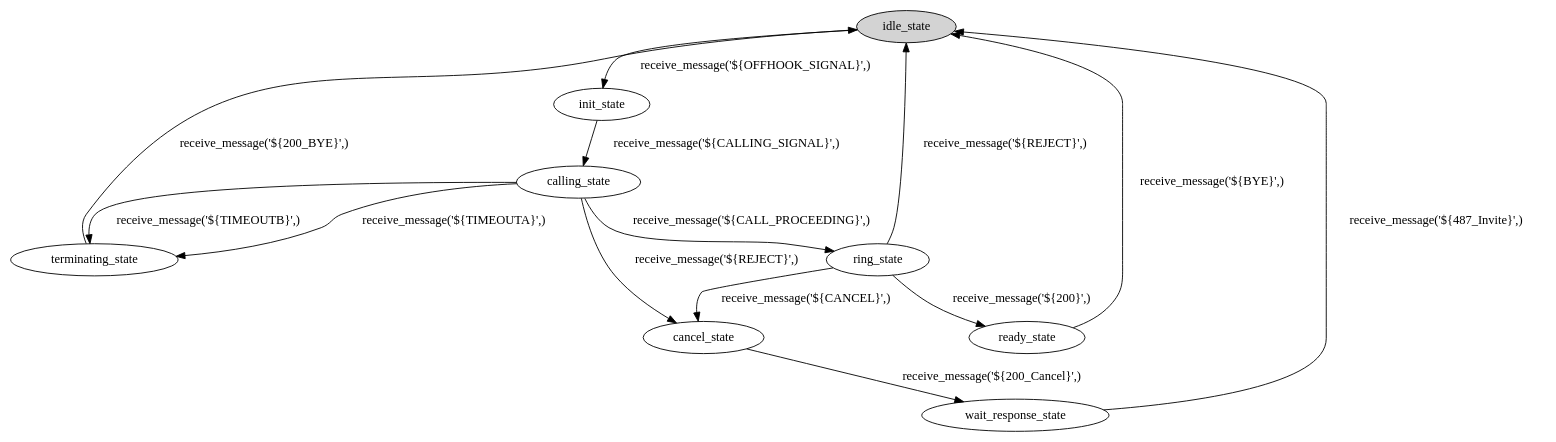
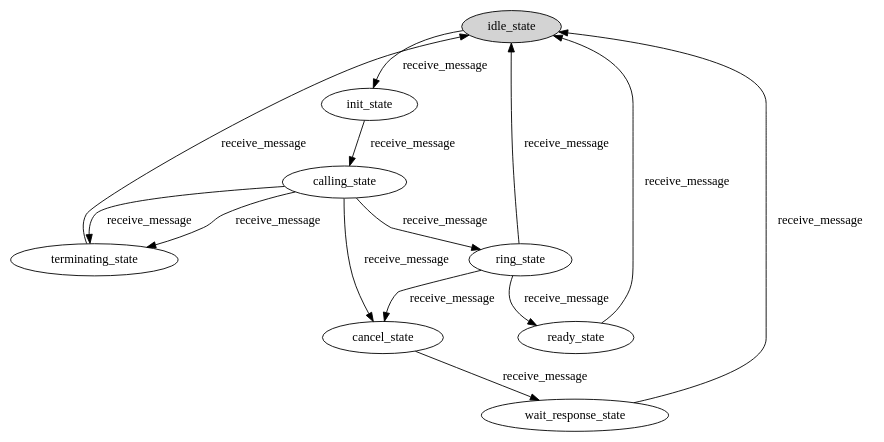
One commit to blueenergy/robogenerator changed the diagram in src/robogenerator/example/SIPCallService/SIP_Call_Service.dot. Above: the diagram before and after it, drawn with Graphviz. The commit also changed 10 other files, not shown here.

```diff
--- a/src/robogenerator/example/SIPCallService/SIP_Call_Service.dot
+++ b/src/robogenerator/example/SIPCallService/SIP_Call_Service.dot
@@ -1,27 +1,27 @@
 digraph SIP_Call_Service {
 
   // Nodes
   idle_state [ style=filled, shape=ellipse, peripheries=1, fillcolor=lightgray ]
   terminating_state [ style=filled, shape=ellipse, peripheries=1, fillcolor=white ]
   ready_state [ style=filled, shape=ellipse, peripheries=1, fillcolor=white ]
   ring_state [ style=filled, shape=ellipse, peripheries=1, fillcolor=white ]
   cancel_state [ style=filled, shape=ellipse, peripheries=1, fillcolor=white ]
   init_state [ style=filled, shape=ellipse, peripheries=1, fillcolor=white ]
   calling_state [ style=filled, shape=ellipse, peripheries=1, fillcolor=white ]
   wait_response_state [ style=filled, shape=ellipse, peripheries=1, fillcolor=white ]
 
   // Transitions
-  idle_state -> init_state [ label="receive_message('${OFFHOOK_SIGNAL}',)", tooltip="receive_message('${OFFHOOK_SIGNAL}',)",color="black"]
-  init_state -> calling_state [ label="receive_message('${CALLING_SIGNAL}',)", tooltip="receive_message('${CALLING_SIGNAL}',)",color="black"]
-  calling_state -> terminating_state [ label="receive_message('${TIMEOUTB}',)", tooltip="receive_message('${TIMEOUTB}',)",color="black"]
-  calling_state -> terminating_state [ label="receive_message('${TIMEOUTA}',)", tooltip="receive_message('${TIMEOUTA}',)",color="black"]
-  calling_state -> ring_state [ label="receive_message('${CALL_PROCEEDING}',)", tooltip="receive_message('${CALL_PROCEEDING}',)",color="black"]
-  calling_state -> cancel_state [ label="receive_message('${REJECT}',)", tooltip="receive_message('${REJECT}',)",color="black"]
-  terminating_state -> idle_state [ label="receive_message('${200_BYE}',)", tooltip="receive_message('${200_BYE}',)",color="black"]
-  cancel_state -> wait_response_state [ label="receive_message('${200_Cancel}',)", tooltip="receive_message('${200_Cancel}',)",color="black"]
-  ring_state -> ready_state [ label="receive_message('${200}',)", tooltip="receive_message('${200}',)",color="black"]
-  ring_state -> idle_state [ label="receive_message('${REJECT}',)", tooltip="receive_message('${REJECT}',)",color="black"]
-  ring_state -> cancel_state [ label="receive_message('${CANCEL}',)", tooltip="receive_message('${CANCEL}',)",color="black"]
-  ready_state -> idle_state [ label="receive_message('${BYE}',)", tooltip="receive_message('${BYE}',)",color="black"]
-  wait_response_state -> idle_state [ label="receive_message('${487_Invite}',)", tooltip="receive_message('${487_Invite}',)",color="black"]
+  idle_state -> init_state [ label="receive_message", tooltip="receive_message('${OFFHOOK_SIGNAL}',)",color="black"]
+  init_state -> calling_state [ label="receive_message", tooltip="receive_message('${CALLING_SIGNAL}',)",color="black"]
+  calling_state -> terminating_state [ label="receive_message", tooltip="receive_message('${TIMEOUTB}',)",color="black"]
+  calling_state -> terminating_state [ label="receive_message", tooltip="receive_message('${TIMEOUTA}',)",color="black"]
+  calling_state -> ring_state [ label="receive_message", tooltip="receive_message('${CALL_PROCEEDING}',)",color="black"]
+  calling_state -> cancel_state [ label="receive_message", tooltip="receive_message('${REJECT}',)",color="black"]
+  terminating_state -> idle_state [ label="receive_message", tooltip="receive_message('${200_BYE}',)",color="black"]
+  cancel_state -> wait_response_state [ label="receive_message", tooltip="receive_message('${200_Cancel}',)",color="black"]
+  ring_state -> ready_state [ label="receive_message", tooltip="receive_message('${200}',)",color="black"]
+  ring_state -> idle_state [ label="receive_message", tooltip="receive_message('${REJECT}',)",color="black"]
+  ring_state -> cancel_state [ label="receive_message", tooltip="receive_message('${CANCEL}',)",color="black"]
+  ready_state -> idle_state [ label="receive_message", tooltip="receive_message('${BYE}',)",color="black"]
+  wait_response_state -> idle_state [ label="receive_message", tooltip="receive_message('${487_Invite}',)",color="black"]
 }
```
